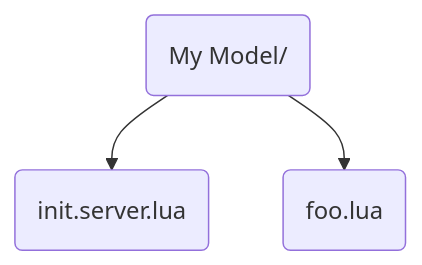
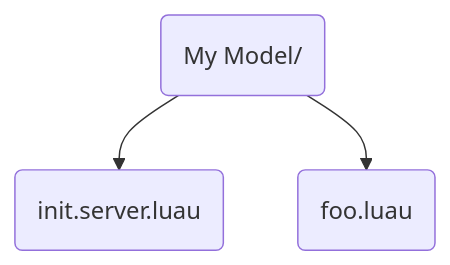
The first of 3 diagrams in docs/sync-details.md (rojo-rbx/rojo.space), drawn with Mermaid before and after one commit. The commit also changed other lines of this file and 1 other file, not shown here.

Commit message:
Change .lua extensions to .luau

````diff
--- a/docs/sync-details.md
+++ b/docs/sync-details.md
@@ -68,9 +68,9 @@
 ```mermaid
 graph TD;
   my_model(My Model/)
-  init(init.server.lua)
-  foo(foo.lua)
+  init(init.server.luau)
+  foo(foo.luau)
 
   my_model --> init
   my_model --> foo
 ```
````
